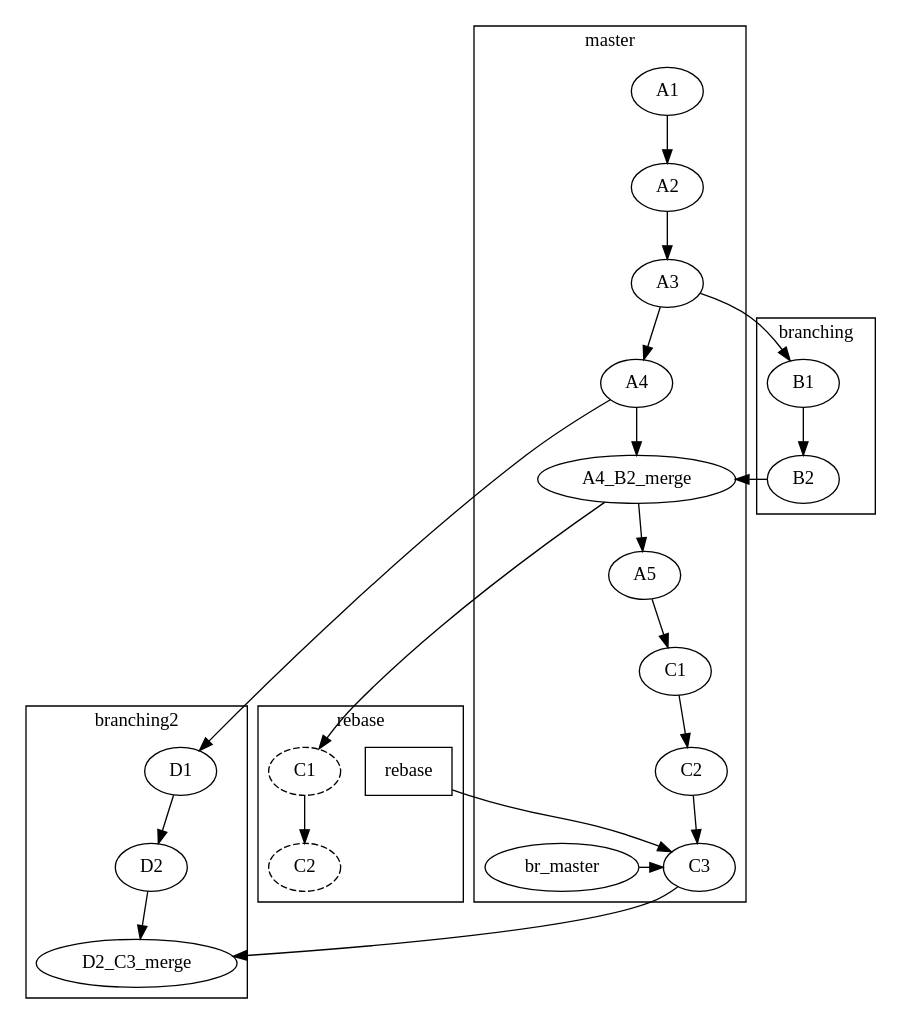
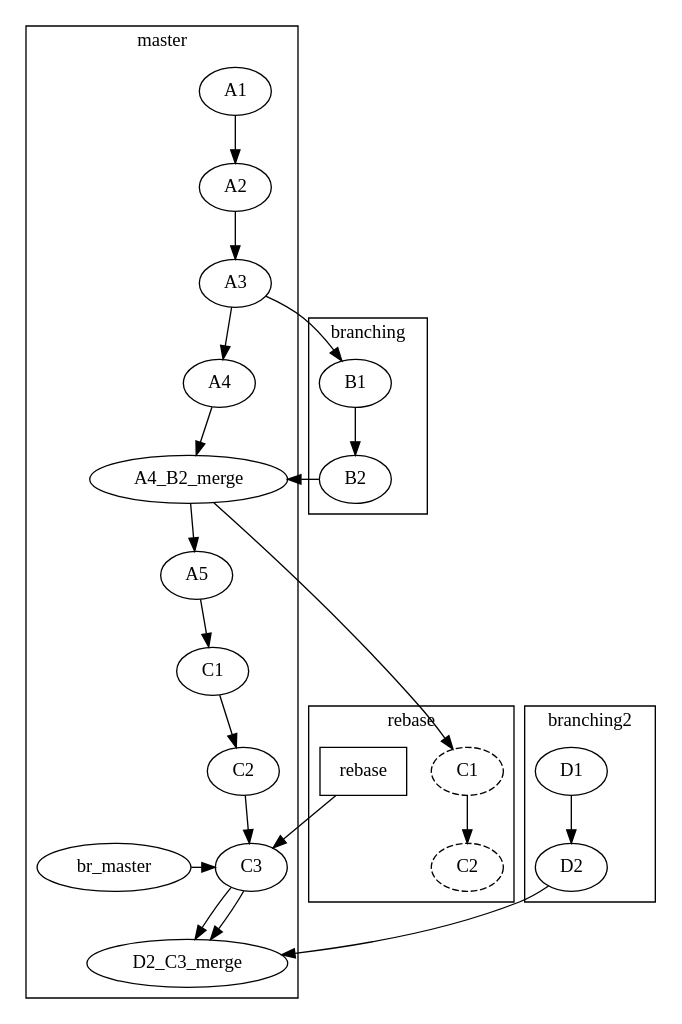
One commit to java8-course/get-flow changed the diagram in tree.dot. Above: the diagram before and after it, drawn with Graphviz.

Commit message:
something do

```diff
--- a/tree.dot
+++ b/tree.dot
@@ -1,49 +1,50 @@
 digraph tree {
     subgraph cluster_master {
         label="master"
         A1 -> A2 -> A3 -> A4 -> A4_B2_merge -> A5
         
         C1_new [label="C1"]
         C2_new [label="C2"]
         C1_new -> C2_new -> C3
+	C3->D2_C3_merge
         
 //         br_master [shape=rectangle; label="master"]
         
     //     br_master -> A1 [style=dashed]
     //     br_master -> A2 [style=dashed]
          br_master -> C3
 //         
          {rank=same; C3; br_master}
     }
     
     subgraph cluster_branching {
         label="branching"
         B1 -> B2
 //         br_branching [shape=rectangle; label="branching"]
 //         br_branching -> B2
 //         {rank=same; B2; br_branching}
     }
     
     A3 -> B1
     B2 -> A4_B2_merge
     
     subgraph cluster_rebase {
         label="rebase"
         C1 [style=dashed]
         C2 [style=dashed]
         C1 -> C2
         br_rebase[label="rebase"; shape="rectangle"]
     }
     
     A4_B2_merge -> C1
     A5 -> C1_new
     br_rebase -> C3
     
     subgraph cluster_branching2 {
         label="branching2"
-        D1 -> D2 -> D2_C3_merge
+        D1 -> D2
     }
     
-    A4 -> D1
+    D2 -> D2_C3_merge
     C3 -> D2_C3_merge
 }
```
